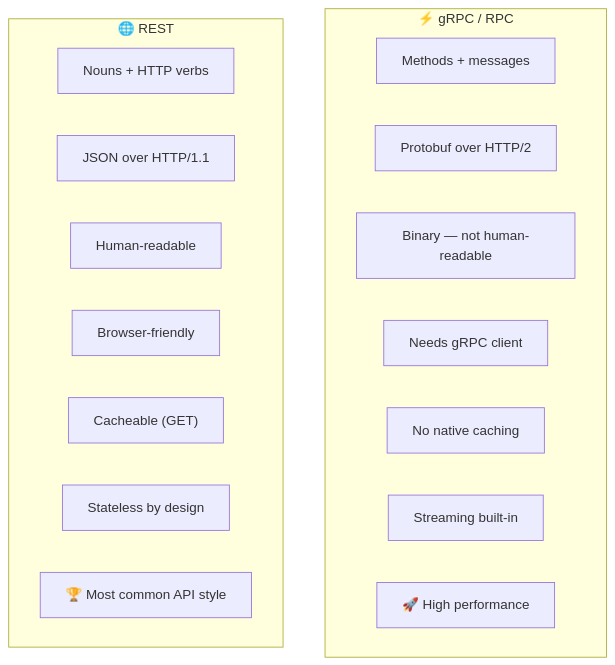
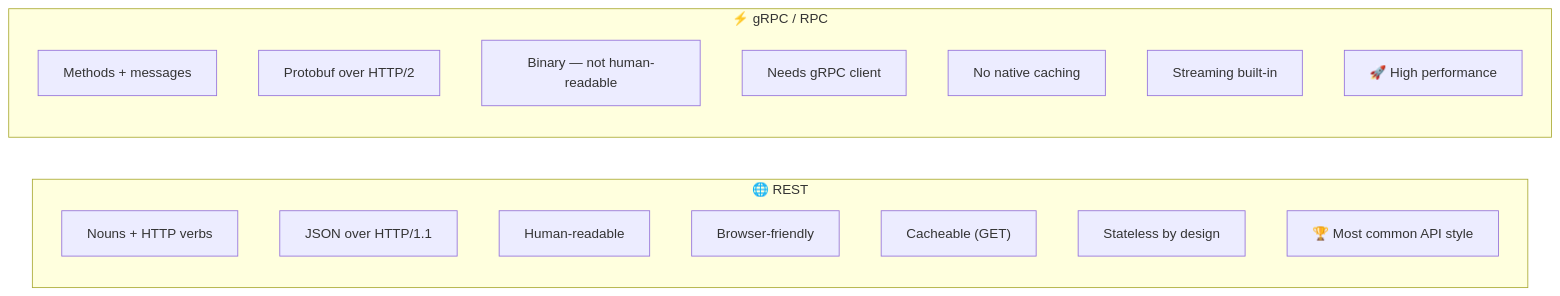
One commit to romangurevitch/GoTraining changed the seventh of 7 diagrams in internal/fundamentals/api-fundamentals/01-rest-vs-rpc.md. Above: the diagram before and after it, drawn with Mermaid. The commit also changed other lines of this file and 20 other files, not shown here.

````diff
--- a/internal/fundamentals/api-fundamentals/01-rest-vs-rpc.md
+++ b/internal/fundamentals/api-fundamentals/01-rest-vs-rpc.md
@@ -169,22 +174,26 @@
 ```mermaid
-graph TB
+graph TD
     subgraph G["⚡ gRPC / RPC"]
+        direction TB
         GA["Methods + messages"]
         GB["Protobuf over HTTP/2"]
         GC2["Binary — not human-readable"]
         GD["Needs gRPC client"]
         GE["No native caching"]
         GF["Streaming built-in"]
         GG["🚀 High performance"]
     end
 
-    subgraph R["🌐 REST"]
+    G ~~~ R_sub
+
+    subgraph R_sub["🌐 REST"]
+        direction TB
         RA["Nouns + HTTP verbs"]
         RB["JSON over HTTP/1.1"]
         RC2["Human-readable"]
         RD["Browser-friendly"]
         RE["Cacheable (GET)"]
         RF["Stateless by design"]
         RG["🏆 Most common API style"]
     end
 ```
````
